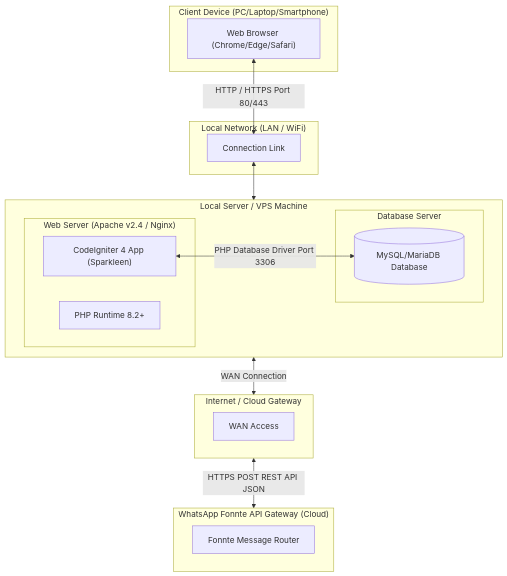
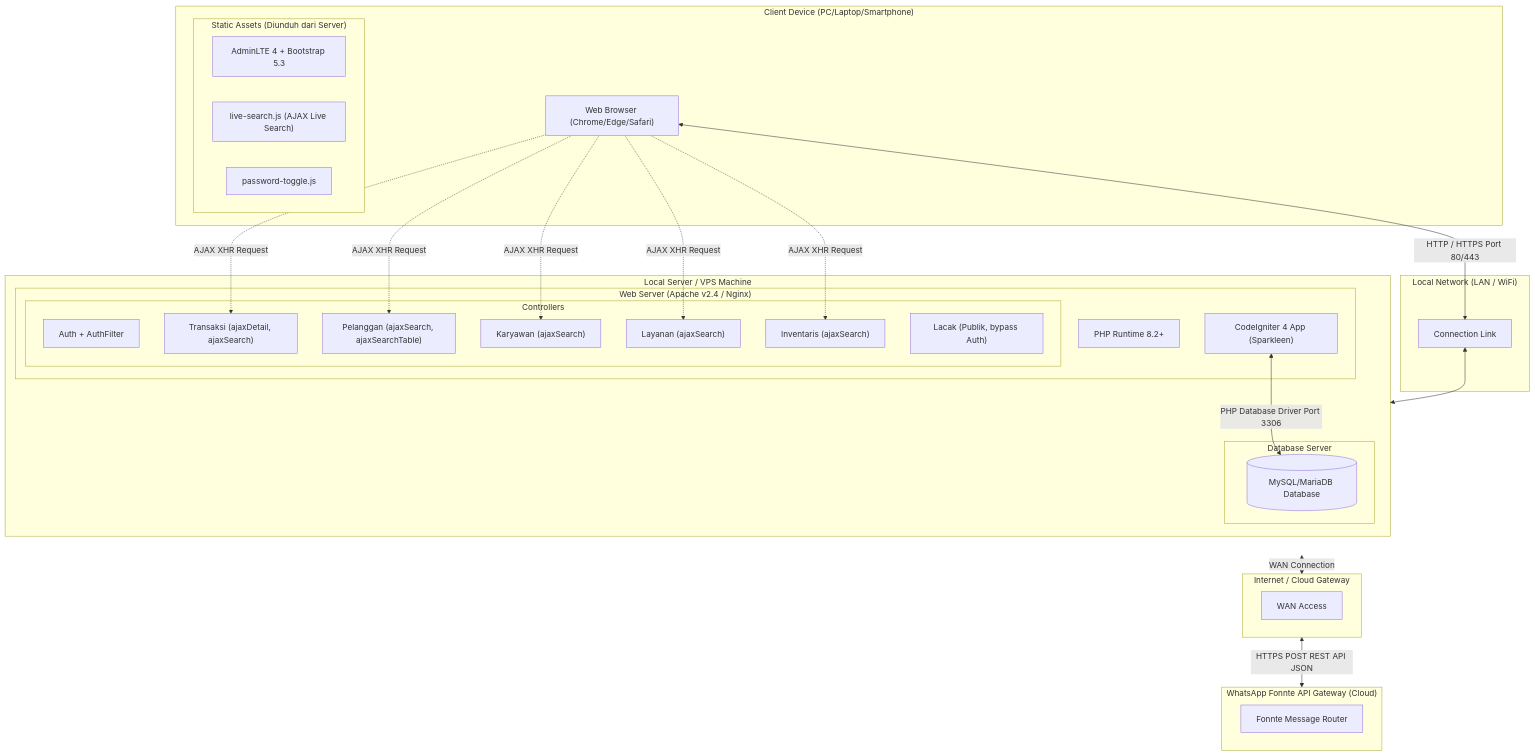
One commit to rachmatx/sparkleen-laundry changed diagram 12 of 19 in uml_and_system_design_documentation.md. Above: the diagram before and after it, drawn with Mermaid. The commit also changed other lines of this file and 92 other files, not shown here.

````diff
--- a/uml_and_system_design_documentation.md
+++ b/uml_and_system_design_documentation.md
@@ -844,34 +1135,53 @@
 ```mermaid
 flowchart TB
     subgraph ClientDevice ["Client Device (PC/Laptop/Smartphone)"]
         Browser["Web Browser (Chrome/Edge/Safari)"]
+        subgraph StaticAssets ["Static Assets (Diunduh dari Server)"]
+            AdminLTE["AdminLTE 4 + Bootstrap 5.3"]
+            LiveSearchJS["live-search.js (AJAX Live Search)"]
+            PasswordToggleJS["password-toggle.js"]
+        end
     end
 
     subgraph LocalNetwork ["Local Network (LAN / WiFi)"]
         LAN["Connection Link"]
     end
 
     subgraph ServerMachine ["Local Server / VPS Machine"]
         subgraph WebServer ["Web Server (Apache v2.4 / Nginx)"]
             PHP["PHP Runtime 8.2+"]
             CI4["CodeIgniter 4 App (Sparkleen)"]
+            subgraph Controllers ["Controllers"]
+                CtrlAuth["Auth + AuthFilter"]
+                CtrlTransaksi["Transaksi (ajaxDetail, ajaxSearch)"]
+                CtrlPelanggan["Pelanggan (ajaxSearch, ajaxSearchTable)"]
+                CtrlKaryawan["Karyawan (ajaxSearch)"]
+                CtrlLayanan["Layanan (ajaxSearch)"]
+                CtrlInventaris["Inventaris (ajaxSearch)"]
+                CtrlLacak["Lacak (Publik, bypass Auth)"]
+            end
         end
         subgraph DBServer ["Database Server"]
             MySQL[(MySQL/MariaDB Database)]
         end
     end
 
     subgraph CloudNetwork ["Internet / Cloud Gateway"]
         WAN["WAN Access"]
     end
 
     subgraph FonnteGateway ["WhatsApp Fonnte API Gateway (Cloud)"]
         WAEngine["Fonnte Message Router"]
     end
 
     Browser <-->|HTTP / HTTPS Port 80/443| LAN
     LAN <--> ServerMachine
     CI4 <-->|PHP Database Driver Port 3306| MySQL
     ServerMachine <-->|WAN Connection| CloudNetwork
     CloudNetwork <-->|HTTPS POST REST API JSON| FonnteGateway
+    Browser -.->|AJAX XHR Request| CtrlTransaksi
+    Browser -.->|AJAX XHR Request| CtrlPelanggan
+    Browser -.->|AJAX XHR Request| CtrlKaryawan
+    Browser -.->|AJAX XHR Request| CtrlLayanan
+    Browser -.->|AJAX XHR Request| CtrlInventaris
 ```
````
